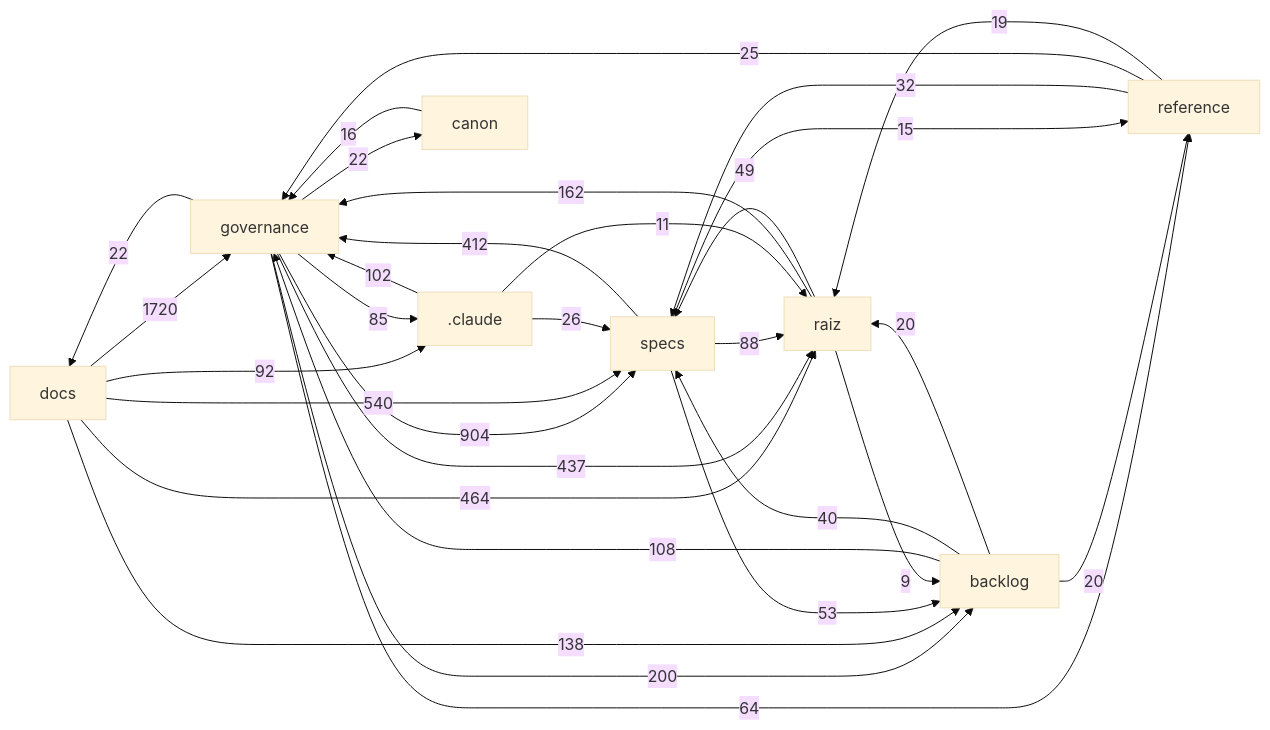
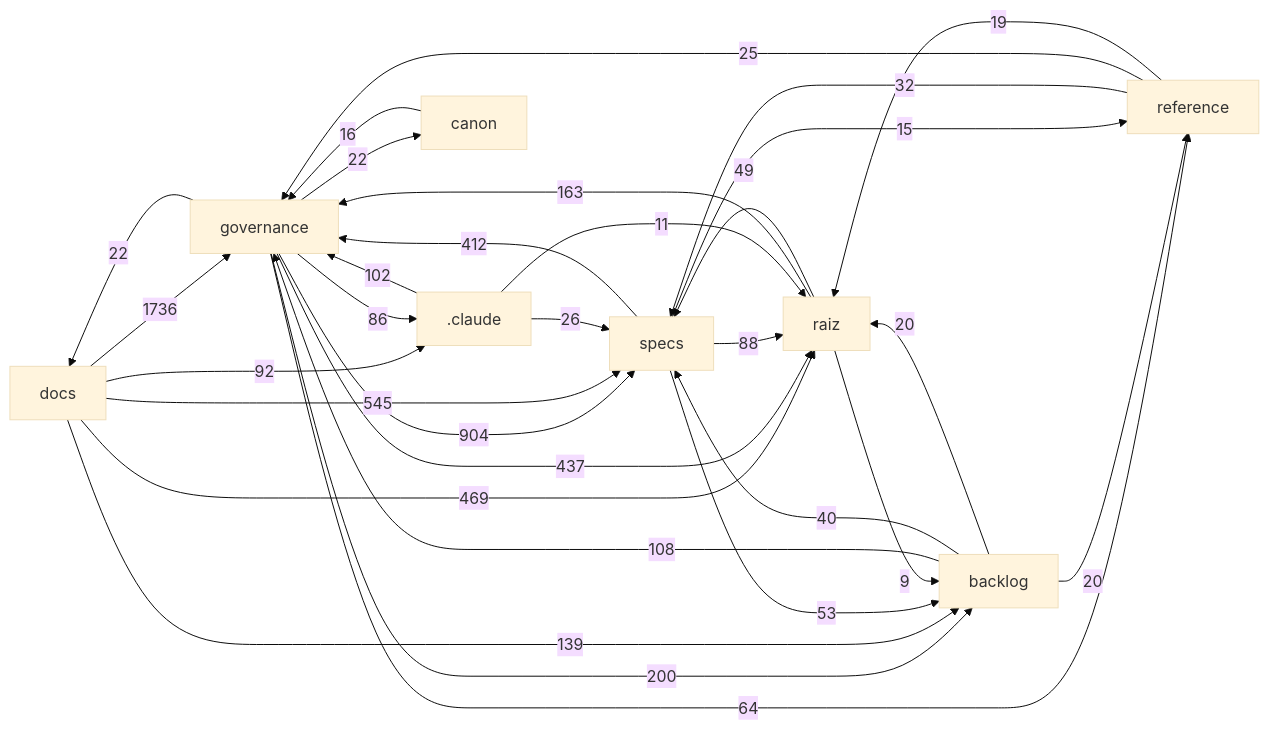
One commit to Andraus35/Sistema-Operacional-de-Trading--SOT changed the diagram in docs/mapa/MAPA-PROJETO.md. Above: the diagram before and after it, drawn with Mermaid (base theme). The commit also changed other lines of this file and 14 other files, not shown here.

````diff
--- a/docs/mapa/MAPA-PROJETO.md
+++ b/docs/mapa/MAPA-PROJETO.md
@@ -29,33 +29,33 @@
 ```mermaid
 flowchart LR
-  docs["docs"] -->|1720| governance["governance"]
+  docs["docs"] -->|1736| governance["governance"]
   governance["governance"] -->|904| specs["specs"]
-  docs["docs"] -->|540| specs["specs"]
-  docs["docs"] -->|464| raiz["raiz"]
+  docs["docs"] -->|545| specs["specs"]
+  docs["docs"] -->|469| raiz["raiz"]
   governance["governance"] -->|437| raiz["raiz"]
   specs["specs"] -->|412| governance["governance"]
   governance["governance"] -->|200| backlog["backlog"]
-  raiz["raiz"] -->|162| governance["governance"]
-  docs["docs"] -->|138| backlog["backlog"]
+  raiz["raiz"] -->|163| governance["governance"]
+  docs["docs"] -->|139| backlog["backlog"]
   backlog["backlog"] -->|108| governance["governance"]
   _claude[".claude"] -->|102| governance["governance"]
   docs["docs"] -->|92| _claude[".claude"]
   specs["specs"] -->|88| raiz["raiz"]
-  governance["governance"] -->|85| _claude[".claude"]
+  governance["governance"] -->|86| _claude[".claude"]
   governance["governance"] -->|64| reference["reference"]
   specs["specs"] -->|53| backlog["backlog"]
   raiz["raiz"] -->|49| specs["specs"]
   backlog["backlog"] -->|40| specs["specs"]
   reference["reference"] -->|32| specs["specs"]
   _claude[".claude"] -->|26| specs["specs"]
   reference["reference"] -->|25| governance["governance"]
   governance["governance"] -->|22| docs["docs"]
   governance["governance"] -->|22| canon["canon"]
   backlog["backlog"] -->|20| raiz["raiz"]
   backlog["backlog"] -->|20| reference["reference"]
   reference["reference"] -->|19| raiz["raiz"]
   canon["canon"] -->|16| governance["governance"]
   specs["specs"] -->|15| reference["reference"]
   _claude[".claude"] -->|11| raiz["raiz"]
   raiz["raiz"] -->|9| backlog["backlog"]
 ```
````
